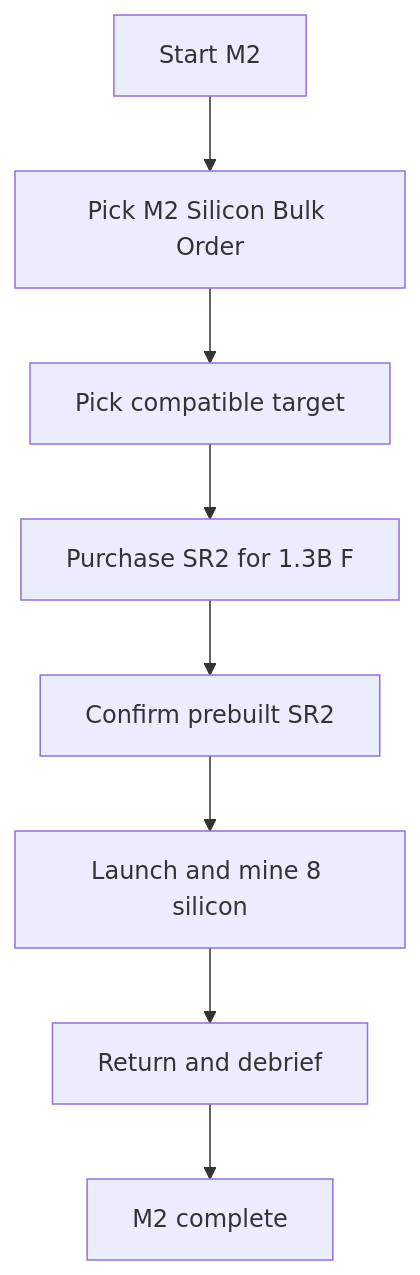
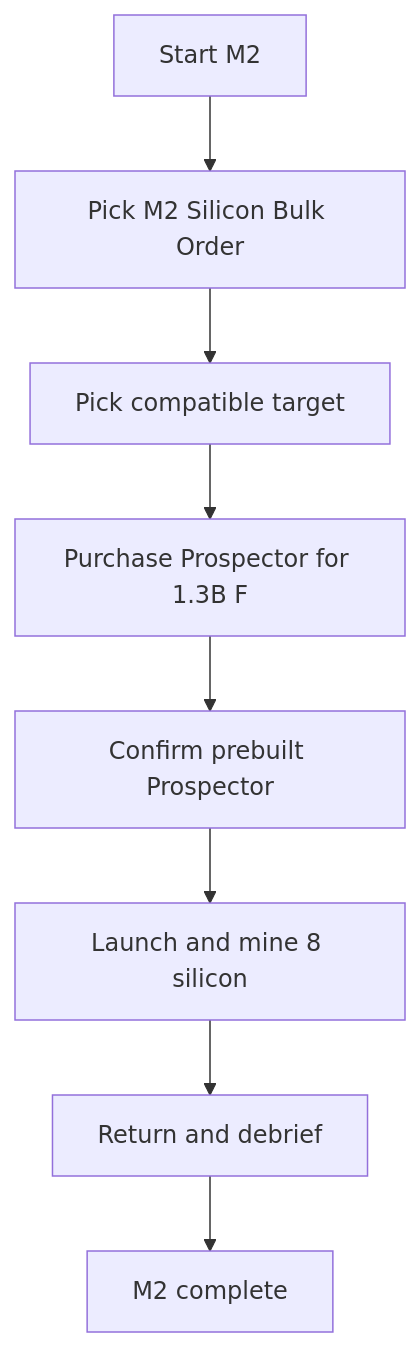
Before and after one commit to Signal-K/planet-hunters-experiment-1: the second of 2 diagrams in specs/mission-flowchart-diagrams.md, drawn with Mermaid. The commit also changed other lines of this file and 26 other files, not shown here.

````diff
--- a/specs/mission-flowchart-diagrams.md
+++ b/specs/mission-flowchart-diagrams.md
@@ -22,10 +22,10 @@
 ```mermaid
 flowchart TD
   A[Start M2] --> B[Pick M2 Silicon Bulk Order]
   B --> C[Pick compatible target]
-  C --> D[Purchase SR2 for 1.3B F]
-  D --> E[Confirm prebuilt SR2]
+  C --> D[Purchase Prospector for 1.3B F]
+  D --> E[Confirm prebuilt Prospector]
   E --> F[Launch and mine 8 silicon]
   F --> G[Return and debrief]
   G --> H[M2 complete]
 ```
````
